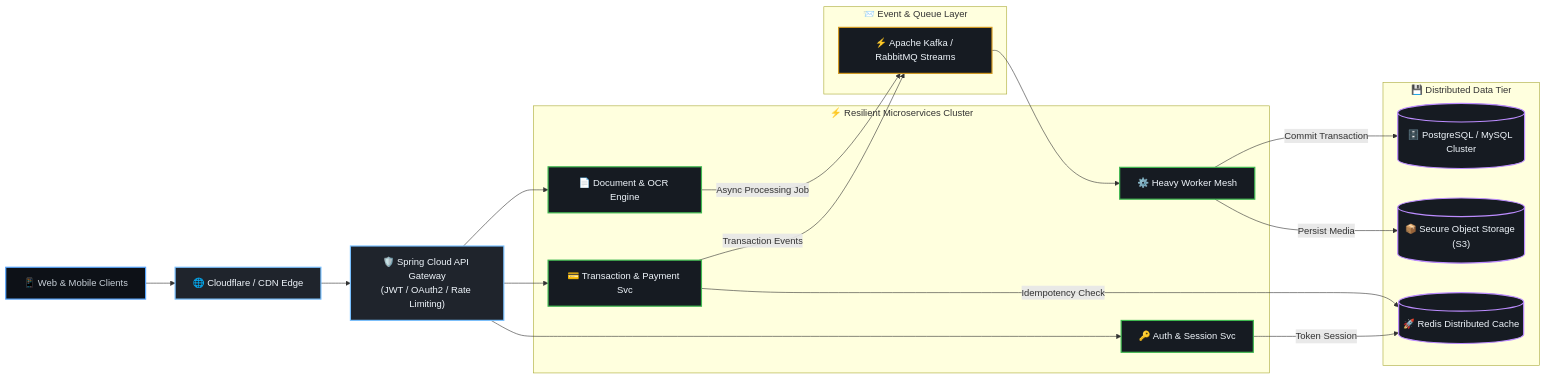
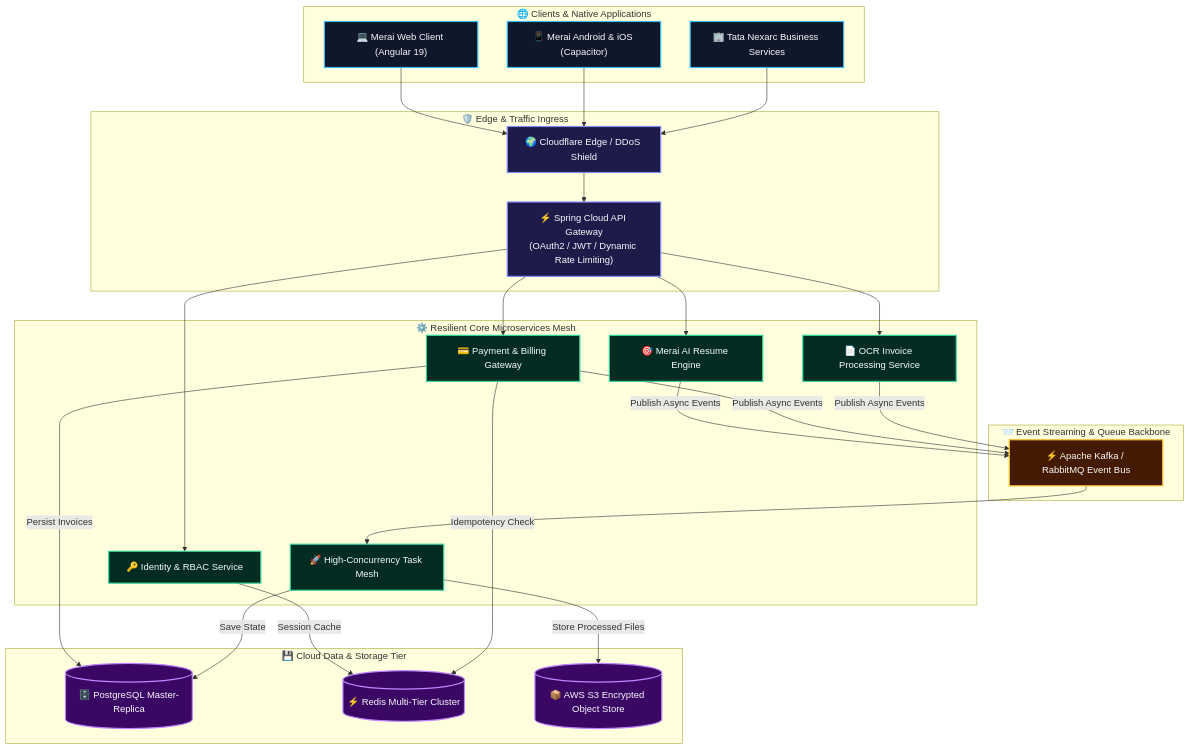
One commit to mskumar1/mskumar1 changed the second of 2 diagrams in README.md. Above: the diagram before and after it, drawn with Mermaid. The commit also changed other lines of this file, not shown here.

Commit message:
feat: add Merai Career showcase, workflows, and next-level graphics

````diff
--- a/README.md
+++ b/README.md
@@ -89,44 +153,53 @@
 ```mermaid
-flowchart LR
-    %% Theme Styling
-    classDef client fill:#0d1117,stroke:#58a6ff,stroke-width:2px,color:#c9d1d9;
-    classDef edge fill:#1f242c,stroke:#79c0ff,stroke-width:2px,color:#f0f6fc;
-    classDef core fill:#161b22,stroke:#3fb950,stroke-width:2px,color:#f0f6fc;
-    classDef stream fill:#161b22,stroke:#d29922,stroke-width:2px,color:#f0f6fc;
-    classDef store fill:#161b22,stroke:#bc8cff,stroke-width:2px,color:#f0f6fc;
+flowchart TD
+    %% Styling Classes
+    classDef client fill:#0f172a,stroke:#38bdf8,stroke-width:2px,color:#f8fafc;
+    classDef edge fill:#1e1b4b,stroke:#818cf8,stroke-width:2px,color:#f8fafc;
+    classDef core fill:#022c22,stroke:#34d399,stroke-width:2px,color:#f8fafc;
+    classDef stream fill:#451a03,stroke:#fbbf24,stroke-width:2px,color:#f8fafc;
+    classDef data fill:#3b0764,stroke:#c084fc,stroke-width:2px,color:#f8fafc;
 
-    User["📱 Web & Mobile Clients"]:::client
-    CDN["🌐 Cloudflare / CDN Edge"]:::edge
-    Gateway["🛡️ Spring Cloud API Gateway<br/>(JWT / OAuth2 / Rate Limiting)"]:::edge
-
-    subgraph Cluster ["⚡ Resilient Microservices Cluster"]
-        AuthSvc["🔑 Auth & Session Svc"]:::core
-        PaymentSvc["💳 Transaction & Payment Svc"]:::core
-        DocSvc["📄 Document & OCR Engine"]:::core
-        AsyncWorker["⚙️ Heavy Worker Mesh"]:::core
+    subgraph ClientLayer ["🌐 Clients & Native Applications"]
+        Web["💻 Merai Web Client (Angular 19)"]:::client
+        Mobile["📱 Merai Android & iOS (Capacitor)"]:::client
+        TataApps["🏢 Tata Nexarc Business Services"]:::client
     end
 
-    subgraph Messaging ["📨 Event & Queue Layer"]
-        Kafka["⚡ Apache Kafka / RabbitMQ Streams"]:::stream
+    subgraph EdgeLayer ["🛡️ Edge & Traffic Ingress"]
+        CDN["🌍 Cloudflare Edge / DDoS Shield"]:::edge
+        APIGateway["⚡ Spring Cloud API Gateway<br/>(OAuth2 / JWT / Dynamic Rate Limiting)"]:::edge
     end
 
-    subgraph Persistence ["💾 Distributed Data Tier"]
-        DB[("🗄️ PostgreSQL / MySQL Cluster")]:::store
-        Cache[("🚀 Redis Distributed Cache")]:::store
-        S3[("📦 Secure Object Storage (S3)")]:::store
+    subgraph Microservices ["⚙️ Resilient Core Microservices Mesh"]
+        AuthSvc["🔑 Identity & RBAC Service"]:::core
+        MeraiSvc["🎯 Merai AI Resume Engine"]:::core
+        PaymentSvc["💳 Payment & Billing Gateway"]:::core
+        DocSvc["📄 OCR Invoice Processing Service"]:::core
+        WorkerPool["🚀 High-Concurrency Task Mesh"]:::core
     end
 
-    User --> CDN --> Gateway
-    Gateway --> AuthSvc
-    Gateway --> PaymentSvc
-    Gateway --> DocSvc
+    subgraph EventStream ["📨 Event Streaming & Queue Backbone"]
+        Kafka["⚡ Apache Kafka / RabbitMQ Event Bus"]:::stream
+    end
 
-    PaymentSvc -->|Idempotency Check| Cache
-    PaymentSvc -->|Transaction Events| Kafka
-    DocSvc -->|Async Processing Job| Kafka
+    subgraph Persistence ["💾 Cloud Data & Storage Tier"]
+        DB[("🗄️ PostgreSQL Master-Replica")]:::data
+        RedisCache[("⚡ Redis Multi-Tier Cluster")]:::data
+        S3Storage[("📦 AWS S3 Encrypted Object Store")]:::data
+    end
 
-    Kafka --> AsyncWorker
-    AsyncWorker -->|Persist Media| S3
-    AsyncWorker -->|Commit Transaction| DB
-    AuthSvc -->|Token Session| Cache
+    Web & Mobile & TataApps --> CDN --> APIGateway
+    APIGateway --> AuthSvc
+    APIGateway --> MeraiSvc
+    APIGateway --> PaymentSvc
+    APIGateway --> DocSvc
+
+    MeraiSvc & PaymentSvc & DocSvc -->|Publish Async Events| Kafka
+    Kafka --> WorkerPool
+
+    AuthSvc -->|Session Cache| RedisCache
+    PaymentSvc -->|Idempotency Check| RedisCache
+    PaymentSvc -->|Persist Invoices| DB
+    WorkerPool -->|Store Processed Files| S3Storage
+    WorkerPool -->|Save State| DB
 ```
````
